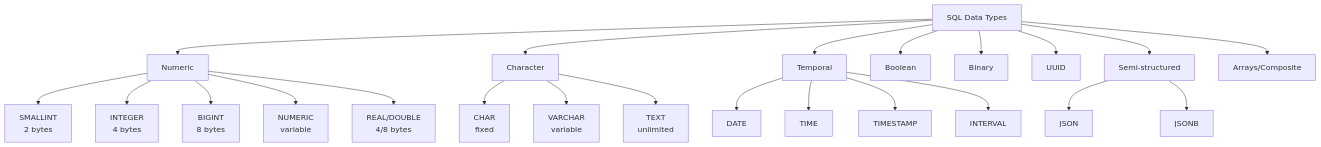
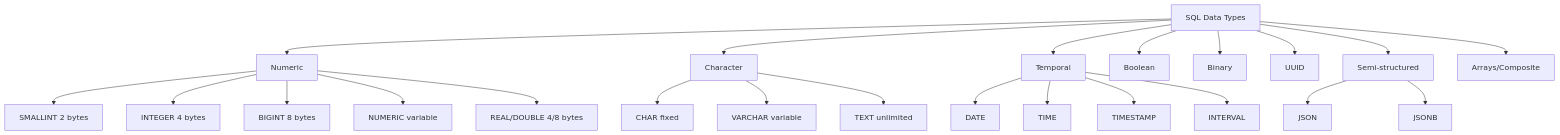
One commit to basharArif/sql-learning-path changed the diagram in theory/2-data-types.md. Above: the diagram before and after it, drawn with Mermaid. The commit also changed 12 other files, not shown here.

Commit message:
Fix Mermaid diagrams in remaining files: Replace \n with spaces for proper rendering

````diff
--- a/theory/2-data-types.md
+++ b/theory/2-data-types.md
@@ -6,29 +6,29 @@
 ```mermaid
 graph TD
     A[SQL Data Types] --> B[Numeric]
     A --> C[Character]
     A --> D[Temporal]
     A --> E[Boolean]
     A --> F[Binary]
     A --> G[UUID]
     A --> H[Semi-structured]
     A --> I[Arrays/Composite]
     
-    B --> B1[SMALLINT\n2 bytes]
-    B --> B2[INTEGER\n4 bytes]
-    B --> B3[BIGINT\n8 bytes]
-    B --> B4[NUMERIC\nvariable]
-    B --> B5[REAL/DOUBLE\n4/8 bytes]
+    B --> B1[SMALLINT 2 bytes]
+    B --> B2[INTEGER 4 bytes]
+    B --> B3[BIGINT 8 bytes]
+    B --> B4[NUMERIC variable]
+    B --> B5[REAL/DOUBLE 4/8 bytes]
     
-    C --> C1[CHAR\nfixed]
-    C --> C2[VARCHAR\nvariable]
-    C --> C3[TEXT\nunlimited]
+    C --> C1[CHAR fixed]
+    C --> C2[VARCHAR variable]
+    C --> C3[TEXT unlimited]
     
     D --> D1[DATE]
     D --> D2[TIME]
     D --> D3[TIMESTAMP]
     D --> D4[INTERVAL]
     
     H --> H1[JSON]
     H --> H2[JSONB]
 ```
````
